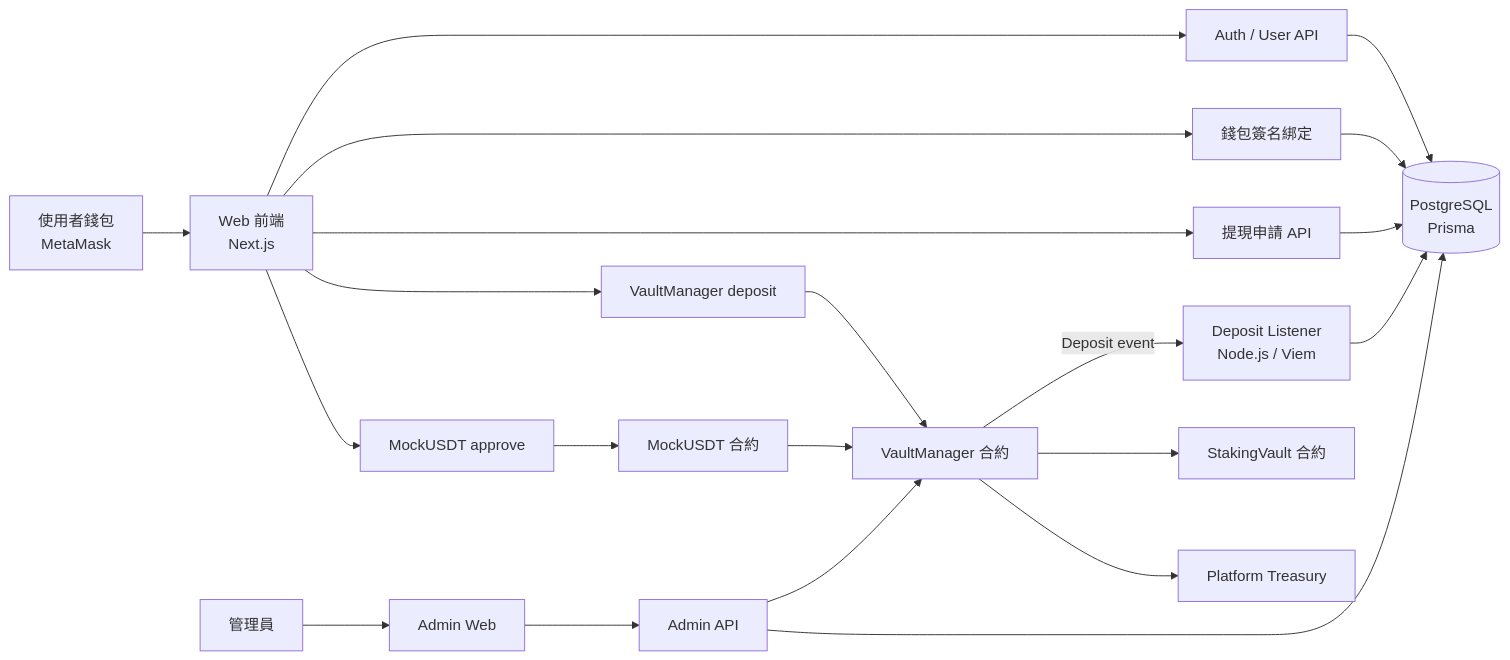
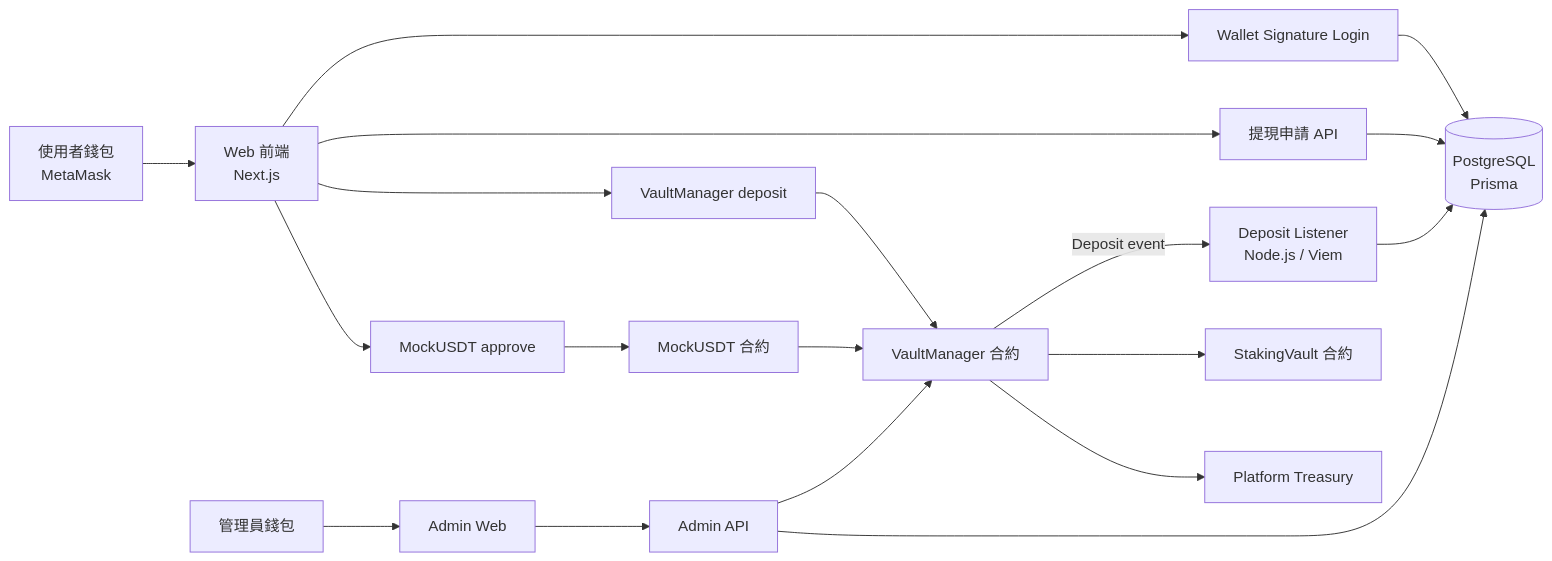
The diagram in README.md (markx2008/bsc-gamefi-bot), drawn with Mermaid before and after one commit. The commit also changed other lines of this file and 28 other files, not shown here.

Commit message:
refactor: switch project to web wallet auth

````diff
--- a/README.md
+++ b/README.md
@@ -11,29 +11,27 @@
 ```mermaid
 flowchart LR
   user[使用者錢包<br/>MetaMask] --> web[Web 前端<br/>Next.js]
-  admin[管理員] --> adminWeb[Admin Web]
+  admin[管理員錢包] --> adminWeb[Admin Web]
 
-  web --> authApi[Auth / User API]
-  web --> walletSig[錢包簽名綁定]
+  web --> walletLogin[Wallet Signature Login]
   web --> approve[MockUSDT approve]
   web --> deposit[VaultManager deposit]
   web --> withdrawReq[提現申請 API]
 
-  authApi --> db[(PostgreSQL<br/>Prisma)]
-  walletSig --> db
+  walletLogin --> db[(PostgreSQL<br/>Prisma)]
   withdrawReq --> db
 
   approve --> usdt[MockUSDT 合約]
   deposit --> vault[VaultManager 合約]
   usdt --> vault
 
   vault -- Deposit event --> listener[Deposit Listener<br/>Node.js / Viem]
   listener --> db
 
   adminWeb --> adminApi[Admin API]
   adminApi --> db
   adminApi --> vault
 
   vault --> staking[StakingVault 合約]
   vault --> treasury[Platform Treasury]
 ```
````
